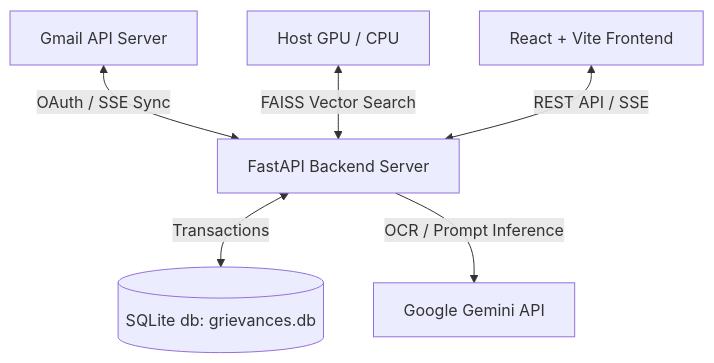
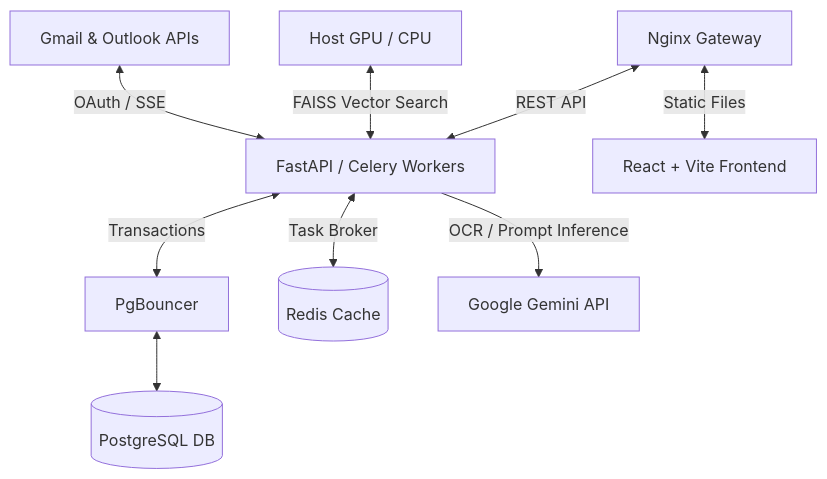
Before and after one commit to DSMLCoEWB/EducationBatch5: the diagram in README.md, drawn with Mermaid. The commit also changed other lines of this file and 42 other files, not shown here.

````diff
--- a/README.md
+++ b/README.md
@@ -23,8 +31,10 @@
 ```mermaid
 graph TD
-    A[Gmail API Server] <-->|OAuth / SSE Sync| B[FastAPI Backend Server]
-    B <-->|Transactions| C[(SQLite db: grievances.db)]
+    A[Gmail & Outlook APIs] <-->|OAuth / SSE| B[FastAPI / Celery Workers]
+    B <-->|Transactions| P[PgBouncer] <--> C[(PostgreSQL DB)]
+    B <-->|Task Broker| R[(Redis Cache)]
     B -->|OCR / Prompt Inference| D[Google Gemini API]
     E[Host GPU / CPU] <-->|FAISS Vector Search| B
-    F[React + Vite Frontend] <-->|REST API / SSE| B
+    N[Nginx Gateway] <-->|Static Files| F[React + Vite Frontend]
+    N <-->|REST API| B
 ```
````
